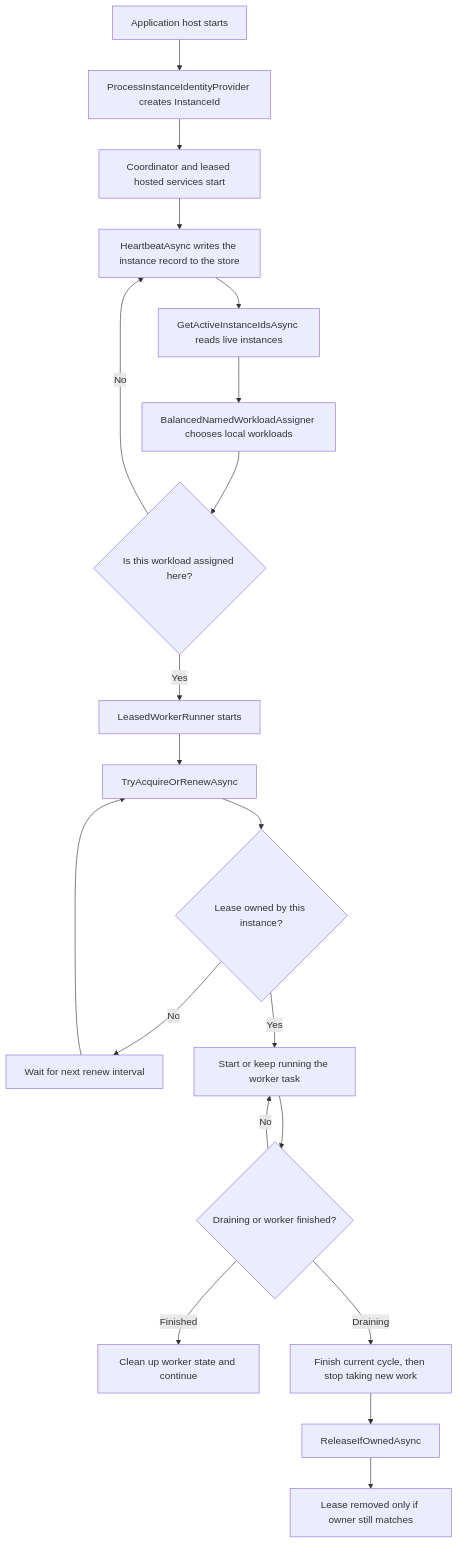
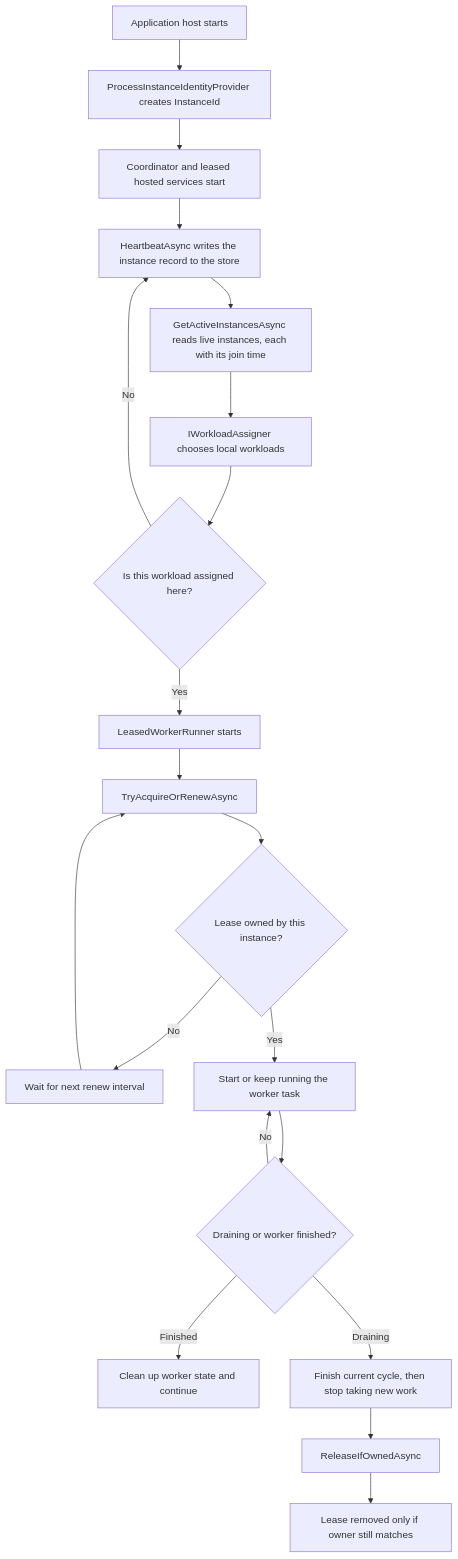
The diagram in docs/leader-election-flow.md (pavlek1817/multiinstance-worker), drawn with Mermaid before and after one commit. The commit also changed other lines of this file and 28 other files, not shown here.

````diff
--- a/docs/leader-election-flow.md
+++ b/docs/leader-election-flow.md
@@ -14,22 +14,22 @@
 ```mermaid
 flowchart TD
     A[Application host starts] --> B[ProcessInstanceIdentityProvider creates InstanceId]
     B --> C[Coordinator and leased hosted services start]
     C --> D[HeartbeatAsync writes the instance record to the store]
-    D --> E[GetActiveInstanceIdsAsync reads live instances]
-    E --> F[BalancedNamedWorkloadAssigner chooses local workloads]
+    D --> E[GetActiveInstancesAsync reads live instances, each with its join time]
+    E --> F[IWorkloadAssigner chooses local workloads]
     F --> G{Is this workload assigned here?}
     G -- No --> D
     G -- Yes --> H[LeasedWorkerRunner starts]
     H --> I[TryAcquireOrRenewAsync]
     I --> J{Lease owned by this instance?}
     J -- No --> K[Wait for next renew interval]
     K --> I
     J -- Yes --> L[Start or keep running the worker task]
     L --> M{Draining or worker finished?}
     M -- No --> L
     M -- Finished --> N[Clean up worker state and continue]
     M -- Draining --> O[Finish current cycle, then stop taking new work]
     O --> P[ReleaseIfOwnedAsync]
     P --> Q[Lease removed only if owner still matches]
 ```
````
